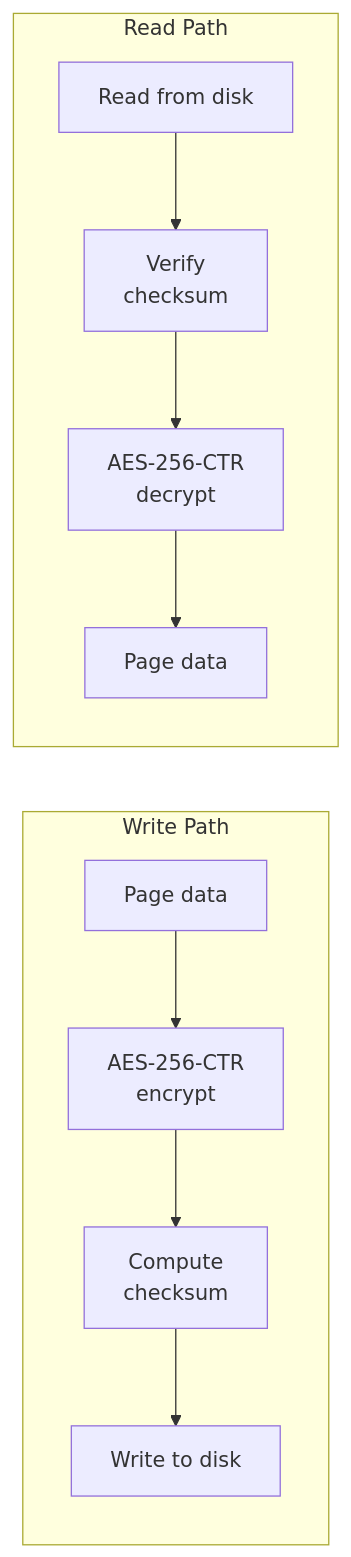
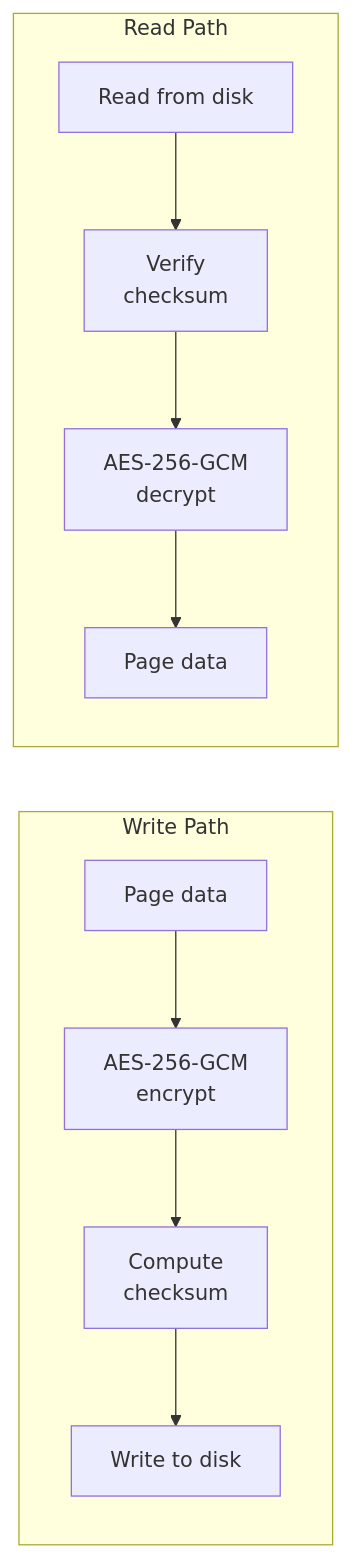
One commit to geodedb/zig-graph-storage changed diagram 11 of 12 in docs/architecture.md. Above: the diagram before and after it, drawn with Mermaid. The commit also changed other lines of this file and 42 other files, not shown here.

````diff
--- a/docs/architecture.md
+++ b/docs/architecture.md
@@ -406,10 +406,10 @@
 ```mermaid
 flowchart LR
     subgraph Write["Write Path"]
-        WP["Page data"] --> WE["AES-256-CTR<br/>encrypt"] --> WC["Compute<br/>checksum"] --> WD["Write to disk"]
+        WP["Page data"] --> WE["AES-256-GCM<br/>encrypt"] --> WC["Compute<br/>checksum"] --> WD["Write to disk"]
     end
 
     subgraph Read["Read Path"]
-        RD["Read from disk"] --> RC["Verify<br/>checksum"] --> RE["AES-256-CTR<br/>decrypt"] --> RP["Page data"]
+        RD["Read from disk"] --> RC["Verify<br/>checksum"] --> RE["AES-256-GCM<br/>decrypt"] --> RP["Page data"]
     end
 ```
````
